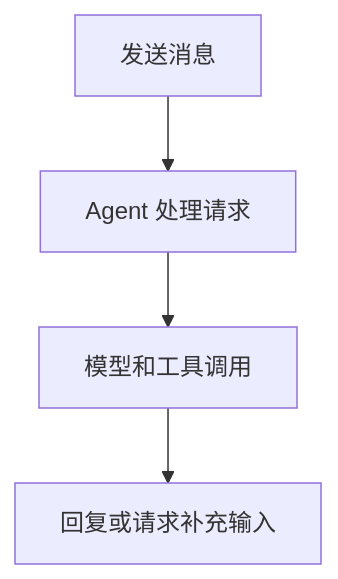
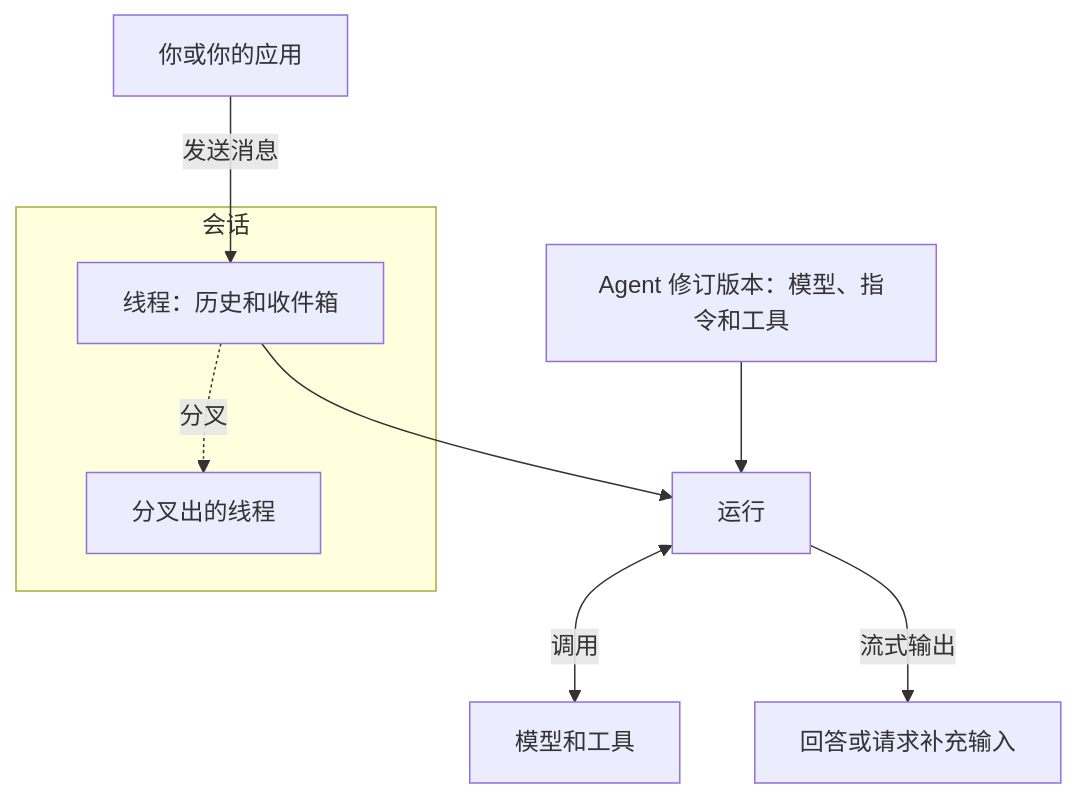
One commit to converge-ai-labs/agent-foundation changed the diagram in docs/overview/core-concepts.zh-CN.md. Above: the diagram before and after it, drawn with Mermaid. The commit also changed 53 other files, not shown here.

First line of the commit message:
feat(docs): add core diagrams and color-code code, callouts, and diagrams

````diff
--- a/docs/overview/core-concepts.zh-CN.md
+++ b/docs/overview/core-concepts.zh-CN.md
@@ -30,6 +30,15 @@
 ```mermaid
 flowchart TB
-    Message["发送消息"] --> Run["Agent 处理请求"]
-    Run --> Calls["模型和工具调用"]
-    Calls --> Result["回复或请求补充输入"]
+    You["你或你的应用"] -->|"发送消息"| Thread
+    subgraph Session["会话"]
+        Thread["线程：历史和收件箱"] -. "分叉" .-> Fork["分叉出的线程"]
+    end
+    Thread --> Run["运行"]
+    Agent["Agent 修订版本：模型、指令和工具"] --> Run
+    Run <-->|"调用"| External["模型和工具"]
+    Run -->|"流式输出"| Output["回答或请求补充输入"]
+
+    class You app
+    class Run,Agent a13n
+    class External ext
 ```
````
